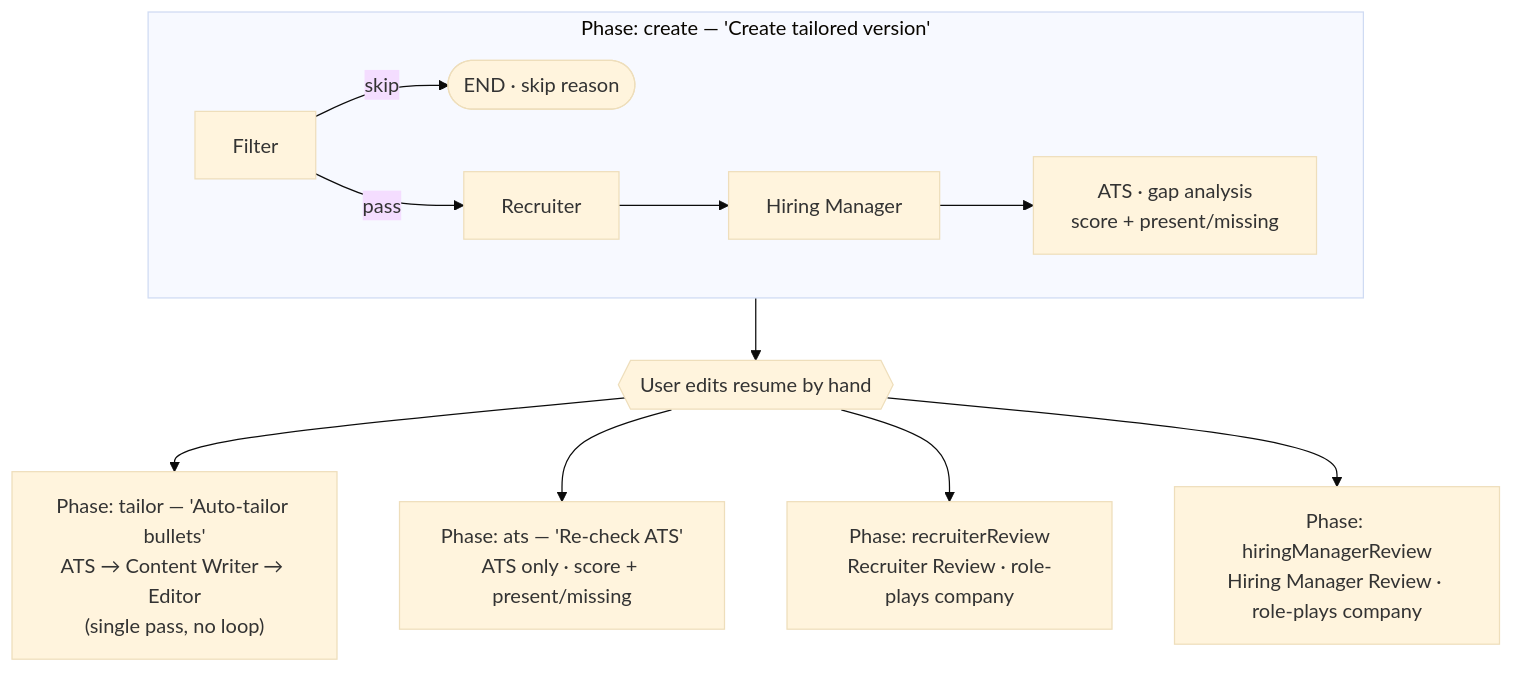
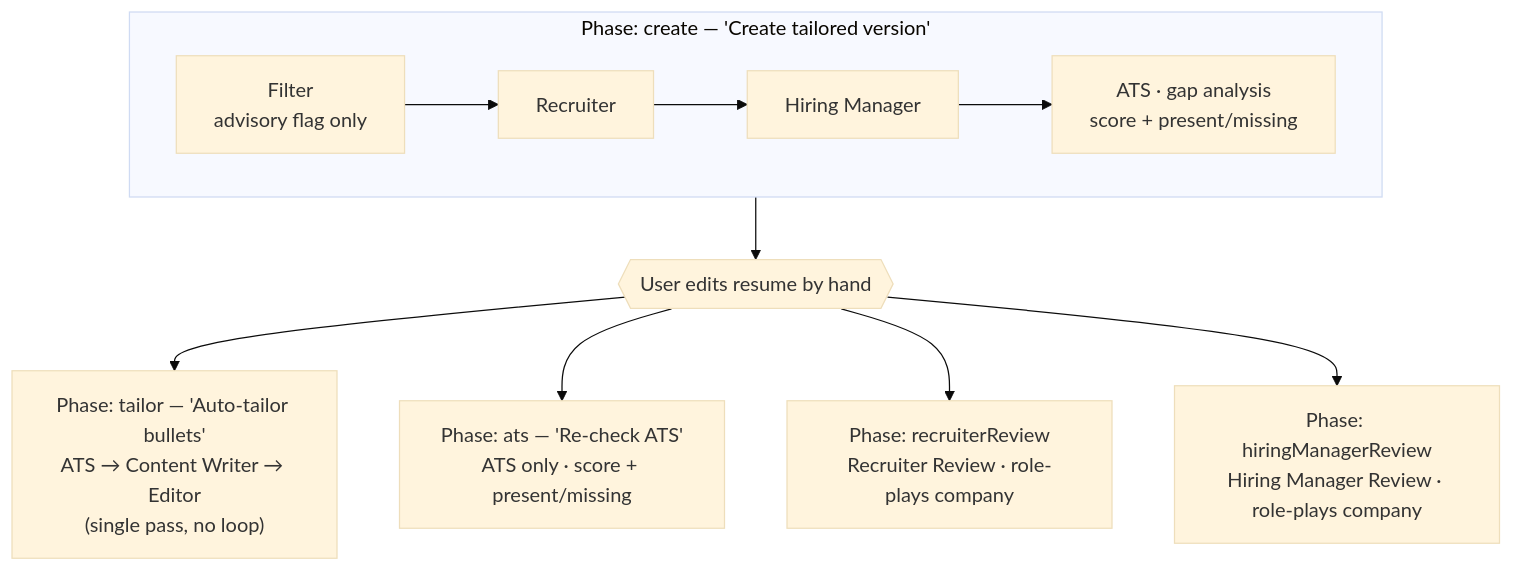
The second of 2 diagrams in README.md (arelekar23/resume-builder), drawn with Mermaid (base theme) before and after one commit. The commit also changed other lines of this file and 5 other files, not shown here.

````diff
--- a/README.md
+++ b/README.md
@@ -111,12 +189,11 @@
 ```mermaid
 flowchart TD
     subgraph P1["Phase: create — 'Create tailored version'"]
-        F[Filter] -->|skip| SK([END · skip reason])
-        F -->|pass| R[Recruiter] --> H[Hiring Manager] --> A["ATS · gap analysis<br/>score + present/missing"]
+        F[Filter<br/>advisory flag only] --> R[Recruiter] --> H[Hiring Manager] --> A["ATS · gap analysis<br/>score + present/missing"]
     end
     P1 --> V{{User edits resume by hand}}
     V --> T["Phase: tailor — 'Auto-tailor bullets'<br/>ATS → Content Writer → Editor<br/>(single pass, no loop)"]
     V --> RC["Phase: ats — 'Re-check ATS'<br/>ATS only · score + present/missing"]
     V --> RR["Phase: recruiterReview<br/>Recruiter Review · role-plays company"]
     V --> HM["Phase: hiringManagerReview<br/>Hiring Manager Review · role-plays company"]
 ```
````
